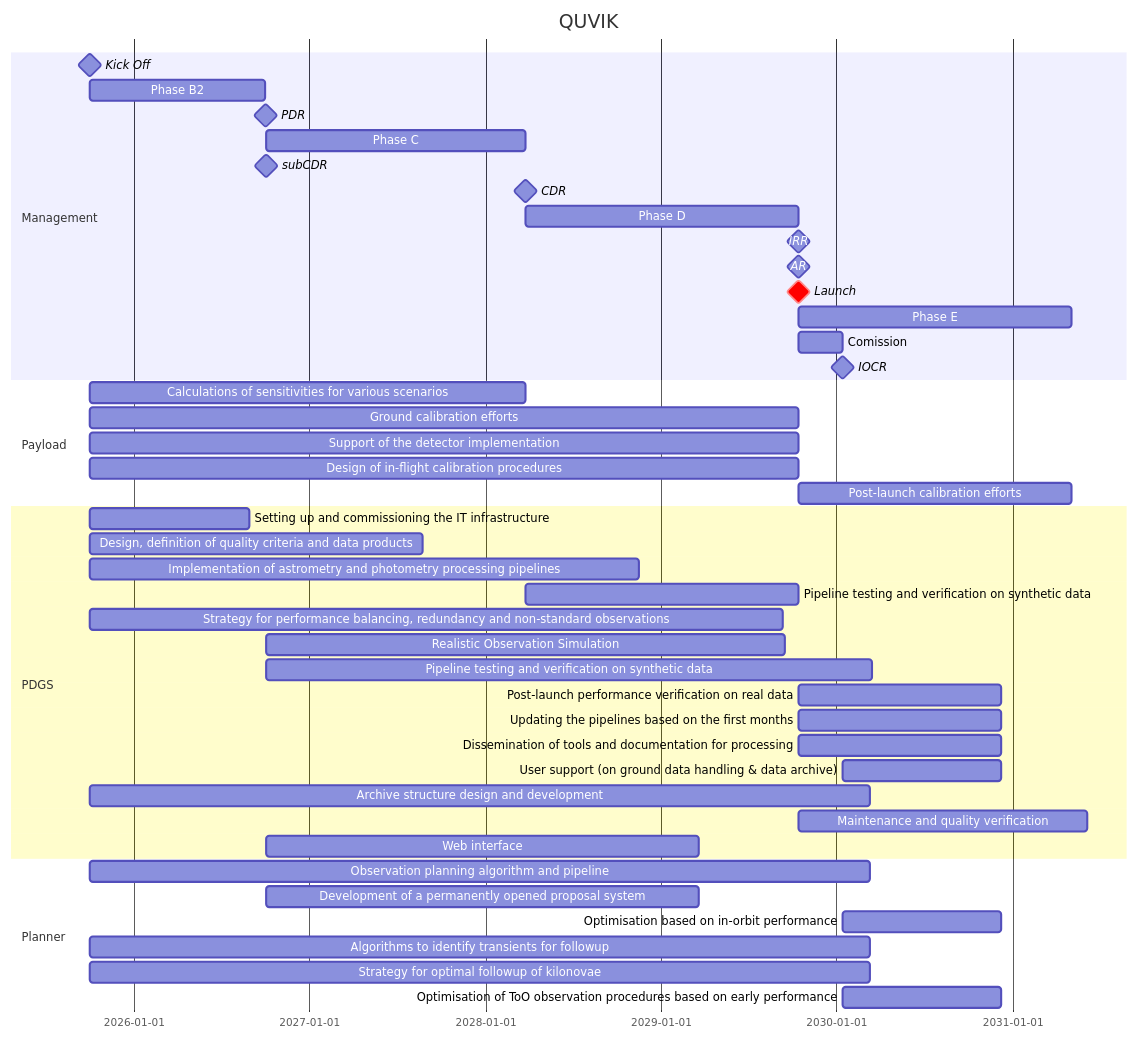
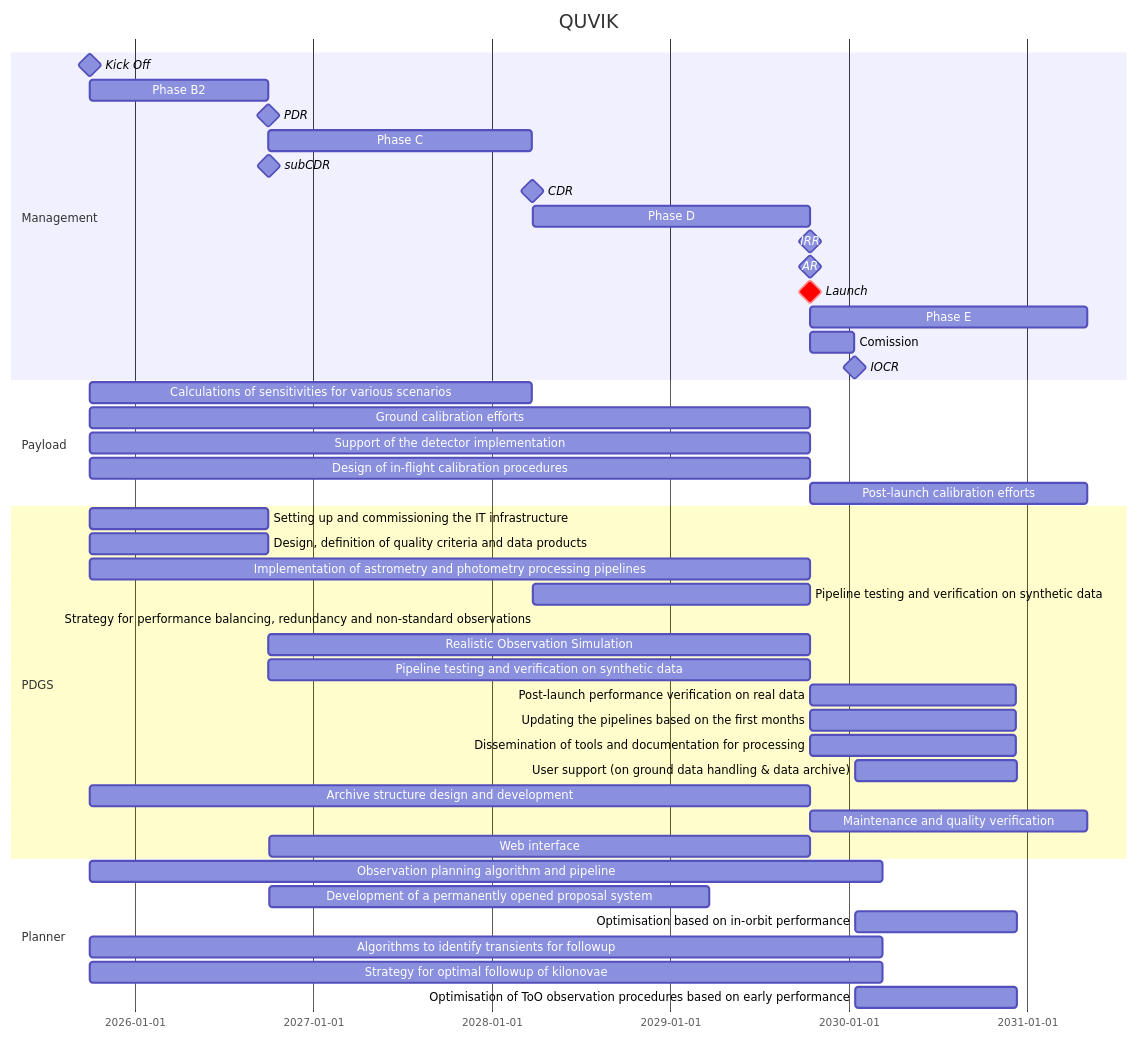
The diagram in calib/Block.md (limu007/quvik), drawn with Mermaid before and after one commit.

````diff
--- a/calib/Block.md
+++ b/calib/Block.md
@@ -3,50 +3,50 @@
 ```mermaid
 gantt
     title QUVIK
     dateFormat  YYYY-MM-DD
     section Management
     Kick Off : milestone, m1, 2025-09-31, 1d
     Phase B2 : b2, after m1, 52w
     PDR : milestone, pdr, after b2, 1d
     Phase C : c1, after pdr, 77w
     subCDR :  milestone, sc1, after pdr + 52w, 1d
     CDR : milestone, cdr, after c1, 1d
     Phase D : d1, after cdr, 81w
     IRR : milestone, irr, after d1, 1d
     AR : milestone, ar, after d1, 1d
     Launch : crit, milestone, frr, after d1, 1d
     Phase E : e1, after frr, 81w
     Comission : e2, after frr, 13w
     IOCR : milestone, iocr, after e2, 1d
 
     section Payload
     Calculations of sensitivities for various scenarios :  after m1 , until cdr
     Ground calibration efforts :  after m1 , until ar
     Support of the detector implementation :  after m1 , until ar 
     Design of in-flight calibration procedures :  after m1 , until frr
     Post-launch calibration efforts :  after frr , 81w 
 
     section PDGS
-    Setting up and commissioning the IT infrastructure : after m1, 330d
-    Design, definition of quality criteria and data products : 	after m1	, 690d
-    Implementation of astrometry and photometry processing pipelines : 	after m1 , 1140d
+    Setting up and commissioning the IT infrastructure : after m1, until pdr
+    Design, definition of quality criteria and data products : 	after m1	, until sc1
+    Implementation of astrometry and photometry processing pipelines : 	after m1 , until irr
     Pipeline testing and verification on synthetic data : pp, after cdr, until frr
-    Strategy for performance balancing, redundancy and non-standard observations :  after m1 , 1440d
-    Realistic Observation Simulation :  after pdr , 1080d
-    Pipeline testing and verification on synthetic data :  after pdr , 1260d
+    Strategy for performance balancing, redundancy and non-standard observations :  after m1 , until arr
+    Realistic Observation Simulation :  after pdr , until ar
+    Pipeline testing and verification on synthetic data :  after pdr , until frr
     Post-launch performance verification on real data :  after frr , 420d
     Updating the pipelines based on the first months :  after frr , 420d
     Dissemination of tools and documentation for processing :  after frr , 420d
      User support (on ground data handling & data archive) :  after iocr , 330d
-     Archive structure design and development :  after m1 , 1620d
-     Maintenance and quality verification :  after ar , 600d
-     Web interface :  after sc1 , 900d
+     Archive structure design and development :  after m1 , until frr
+     Maintenance and quality verification :  after ar , 81w
+     Web interface :  after sc1 , until frr
 
     section Planner
     Observation planning algorithm and pipeline :  after m1 , 1620d
     Development of a permanently opened proposal system :  after sc1 , 900d
     Optimisation based on in-orbit performance :  after iocr , 330d
     Algorithms to identify transients for followup :  after m1 , 1620d
     Strategy for optimal followup of kilonovae :  after m1 , 1620d
     Optimisation of ToO observation procedures based on early performance :  after iocr , 330d
 ```
````
